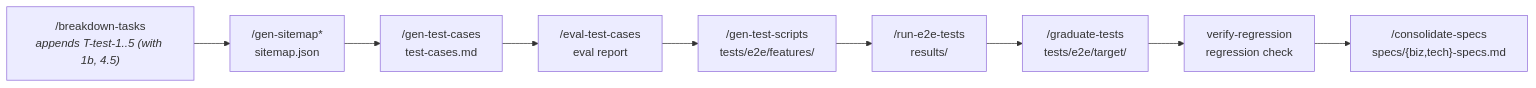
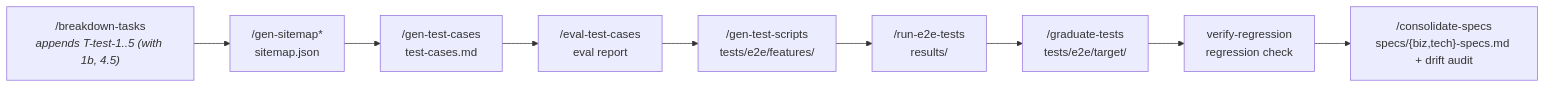
The second of 3 diagrams in plugins/forge/hooks/guide.md (bigfaner/forge), drawn with Mermaid before and after one commit. The commit also changed other lines of this file and 2 other files, not shown here.

First line of the commit message:
docs(guide): update guide.md for spec drift detection flow

````diff
--- a/plugins/forge/hooks/guide.md
+++ b/plugins/forge/hooks/guide.md
@@ -52,11 +52,11 @@
 ```mermaid
 graph LR
     F["/breakdown-tasks<br><i>appends T-test-1..5 (with 1b, 4.5)</i>"] --> T1["/gen-sitemap*<br>sitemap.json"]
     T1 --> T2["/gen-test-cases<br>test-cases.md"]
     T2 --> T2b["/eval-test-cases<br>eval report"]
     T2b --> T3["/gen-test-scripts<br>tests/e2e/features/"]
     T3 --> T4["/run-e2e-tests<br>results/"]
     T4 --> T4b["/graduate-tests<br>tests/e2e/target/"]
     T4b --> T4c["verify-regression<br>regression check"]
-    T4c --> T5["/consolidate-specs<br>specs/{biz,tech}-specs.md"]
+    T4c --> T5["/consolidate-specs<br>specs/{biz,tech}-specs.md + drift audit"]
 ```
````
